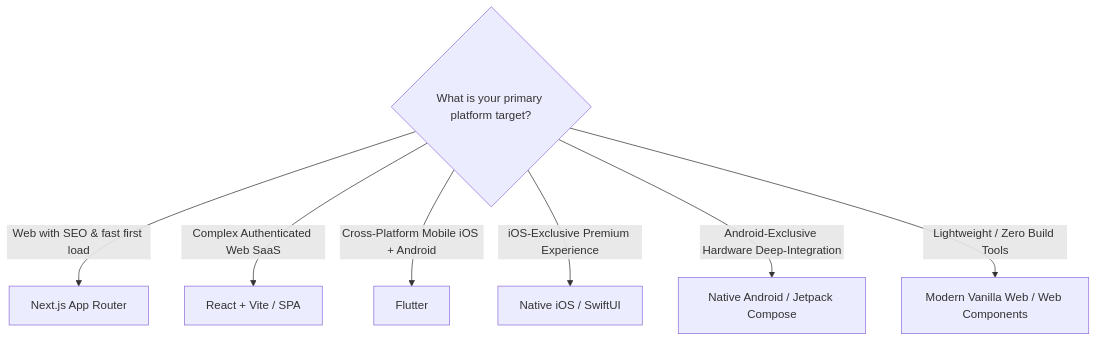
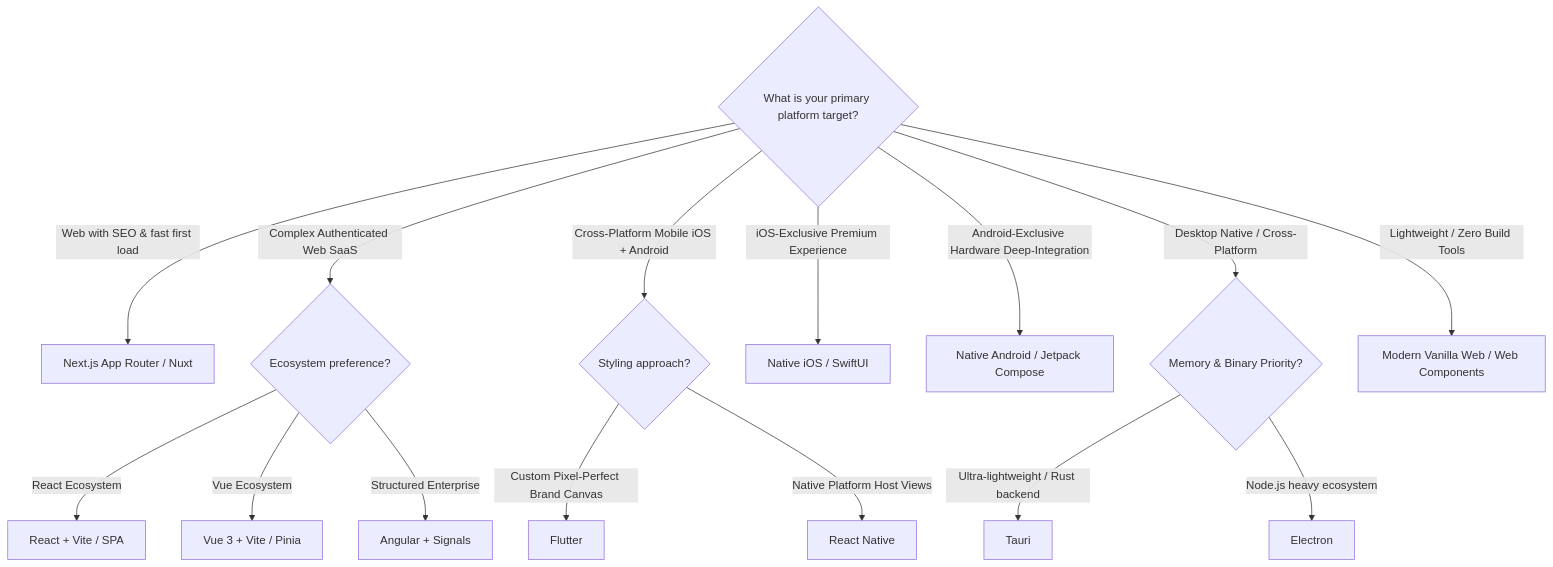
The diagram in frameworks/framework-selection.md (juwelzan/human-ui-engineering), drawn with Mermaid before and after one commit. The commit also changed other lines of this file and 36 other files, not shown here.

````diff
--- a/frameworks/framework-selection.md
+++ b/frameworks/framework-selection.md
@@ -30,9 +34,17 @@
 ```mermaid
 flowchart TD
-    Start{What is your primary platform target?} -->|Web with SEO & fast first load| Next[Next.js App Router]
-    Start -->|Complex Authenticated Web SaaS| React[React + Vite / SPA]
-    Start -->|Cross-Platform Mobile iOS + Android| Flutter[Flutter]
+    Start{What is your primary platform target?} -->|Web with SEO & fast first load| Next[Next.js App Router / Nuxt]
+    Start -->|Complex Authenticated Web SaaS| WebChoice{Ecosystem preference?}
+    WebChoice -->|React Ecosystem| React[React + Vite / SPA]
+    WebChoice -->|Vue Ecosystem| Vue[Vue 3 + Vite / Pinia]
+    WebChoice -->|Structured Enterprise| Angular[Angular + Signals]
+    Start -->|Cross-Platform Mobile iOS + Android| MobChoice{Styling approach?}
+    MobChoice -->|Custom Pixel-Perfect Brand Canvas| Flutter[Flutter]
+    MobChoice -->|Native Platform Host Views| RN[React Native]
     Start -->|iOS-Exclusive Premium Experience| Swift[Native iOS / SwiftUI]
     Start -->|Android-Exclusive Hardware Deep-Integration| Android[Native Android / Jetpack Compose]
+    Start -->|Desktop Native / Cross-Platform| DeskChoice{Memory & Binary Priority?}
+    DeskChoice -->|Ultra-lightweight / Rust backend| Tauri[Tauri]
+    DeskChoice -->|Node.js heavy ecosystem| Electron[Electron]
     Start -->|Lightweight / Zero Build Tools| Web[Modern Vanilla Web / Web Components]
 ```
````
